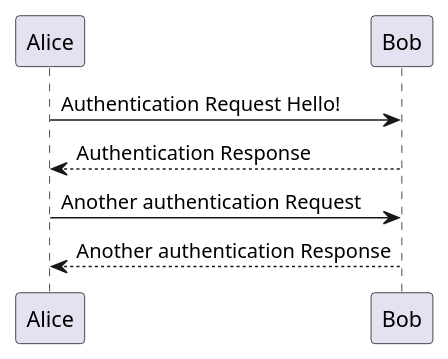
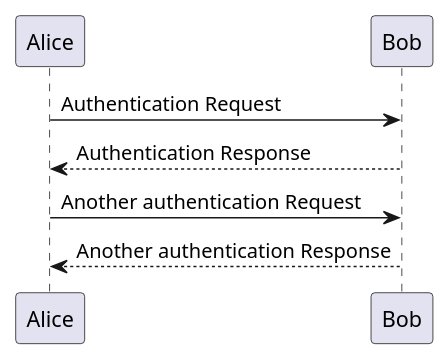
Before and after one commit to rodrikw/allthingsdocs-airspace: the diagram in content/english/blog/b032304-asciidoctor-diagrams.adoc, drawn with PlantUML. The commit also changed other lines of this file, not shown here.

Commit message:
Removed unnecessary text from embedded diagram.

```diff
--- a/content/english/blog/b032304-asciidoctor-diagrams.adoc
+++ b/content/english/blog/b032304-asciidoctor-diagrams.adoc
@@ -40,10 +42,10 @@
 [plantuml,target=diagram-classes,format=svg]
 ....
 @startuml
-Alice -> Bob: Authentication Request Hello!
+Alice -> Bob: Authentication Request
 Bob --> Alice: Authentication Response
 
 Alice -> Bob: Another authentication Request
 Alice <-- Bob: Another authentication Response
 @enduml
 ....
```
